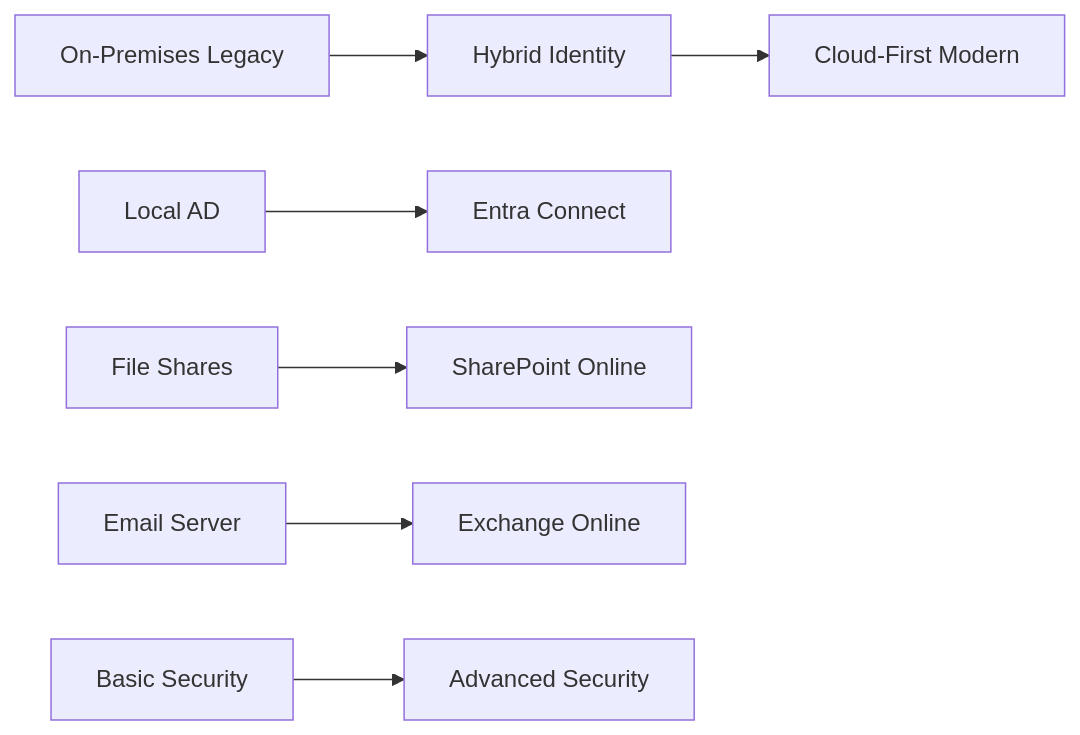
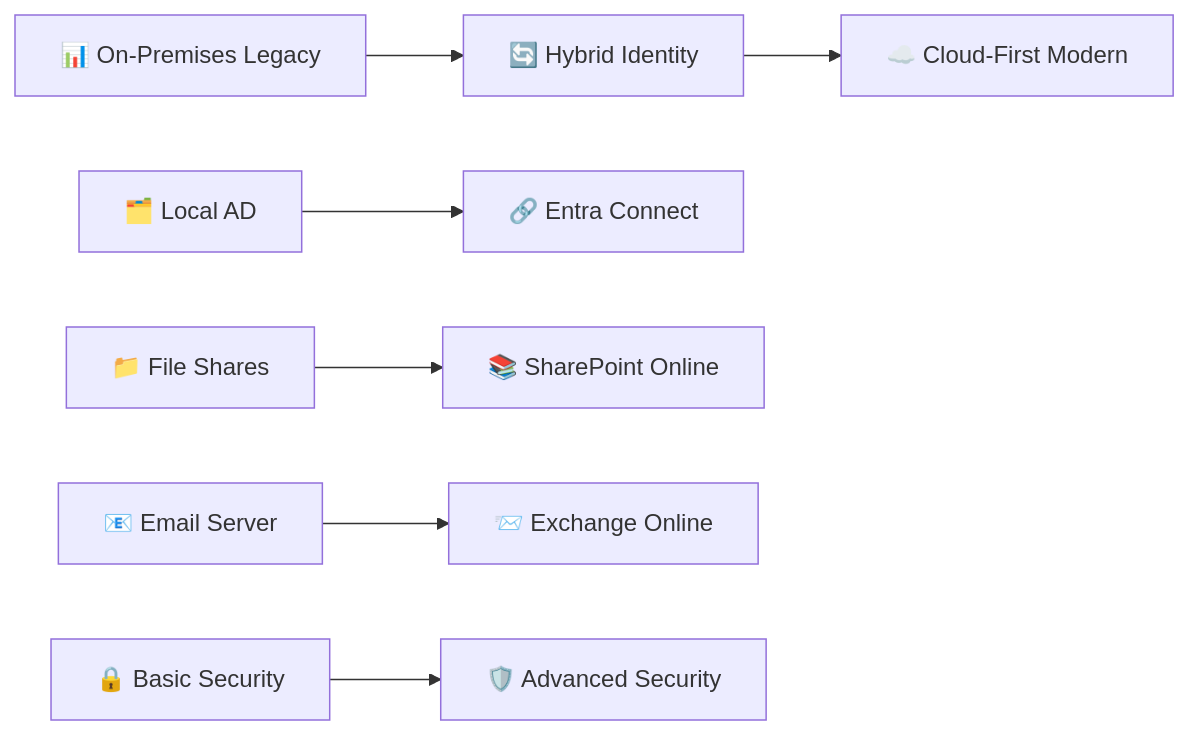
One commit to himanshu3024/CloudBridge_Identity_Migration changed the diagram in README.md. Above: the diagram before and after it, drawn with Mermaid. The commit also changed other lines of this file, not shown here.

````diff
--- a/README.md
+++ b/README.md
@@ -28,10 +96,10 @@
 ```mermaid
 graph LR
-    A[On-Premises Legacy] --> B[Hybrid Identity]
-    B --> C[Cloud-First Modern]
+    A[📊 On-Premises Legacy] --> B[🔄 Hybrid Identity]
+    B --> C[☁️ Cloud-First Modern]
     
-    A1[Local AD] --> B1[Entra Connect]
-    A2[File Shares] --> B2[SharePoint Online]
-    A3[Email Server] --> B3[Exchange Online]
-    A4[Basic Security] --> B4[Advanced Security]
+    A1[🗂️ Local AD] --> B1[🔗 Entra Connect]
+    A2[📁 File Shares] --> B2[📚 SharePoint Online]
+    A3[📧 Email Server] --> B3[📨 Exchange Online]
+    A4[🔒 Basic Security] --> B4[🛡️ Advanced Security]
 ```
````
